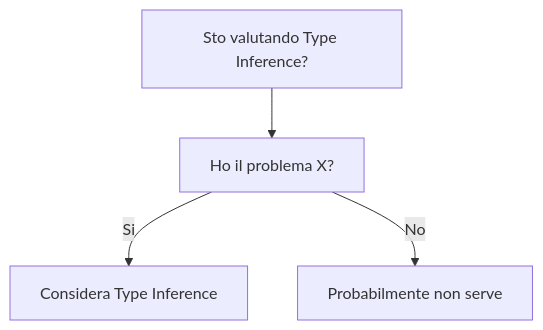
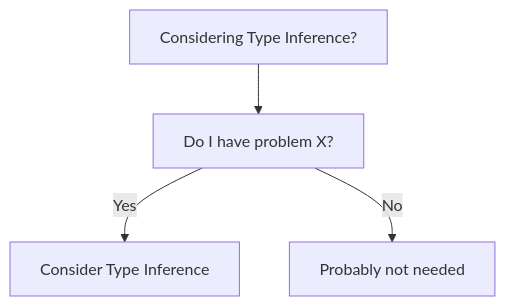
Before and after one commit to HxT9/Software-Dev-Wiki: the diagram in dev-wiki/14_Languages/TypeScript/Type_Inference/When_To_Use.md, drawn with Mermaid. The commit also changed other lines of this file and 3444 other files, not shown here.

````diff
--- a/dev-wiki/14_Languages/TypeScript/Type_Inference/When_To_Use.md
+++ b/dev-wiki/14_Languages/TypeScript/Type_Inference/When_To_Use.md
@@ -19,6 +19,6 @@
 ```mermaid
 flowchart TD
-  Q[Sto valutando Type Inference?] --> Q1[Ho il problema X?]
-  Q1 -->|Si| OK[Considera Type Inference]
-  Q1 -->|No| NO[Probabilmente non serve]
+  Q[Considering Type Inference?] --> Q1[Do I have problem X?]
+  Q1 -->|Yes| OK[Consider Type Inference]
+  Q1 -->|No| NO[Probably not needed]
 ```
````
